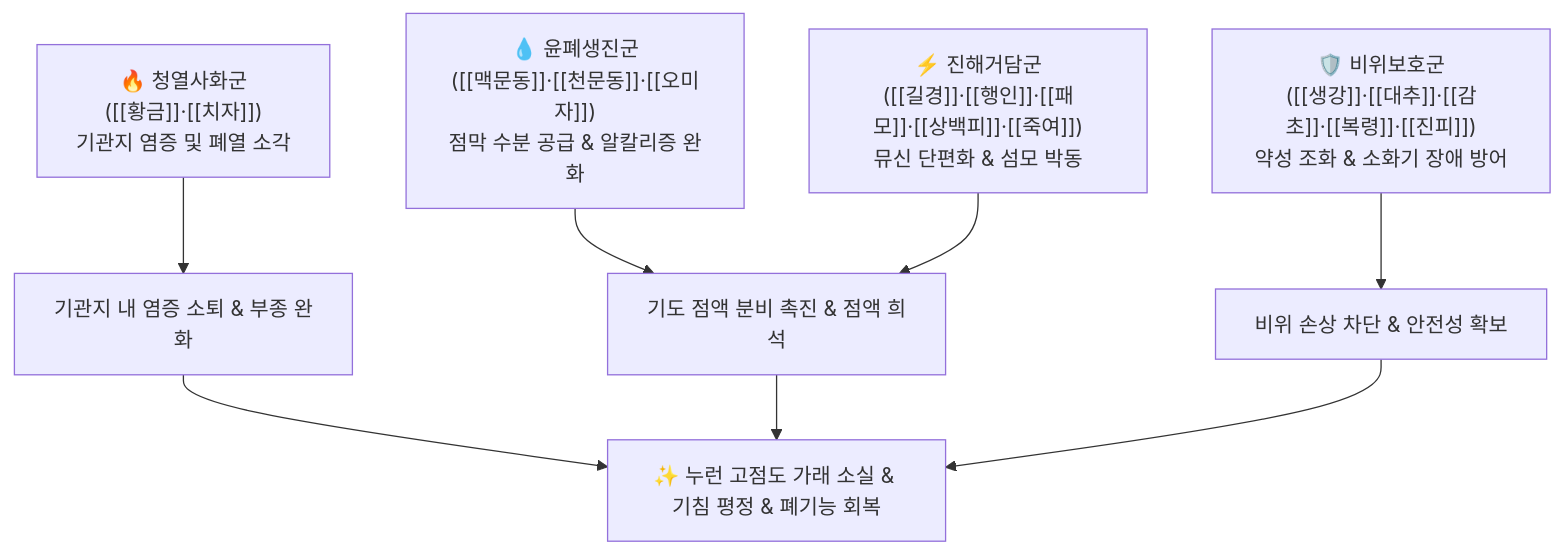
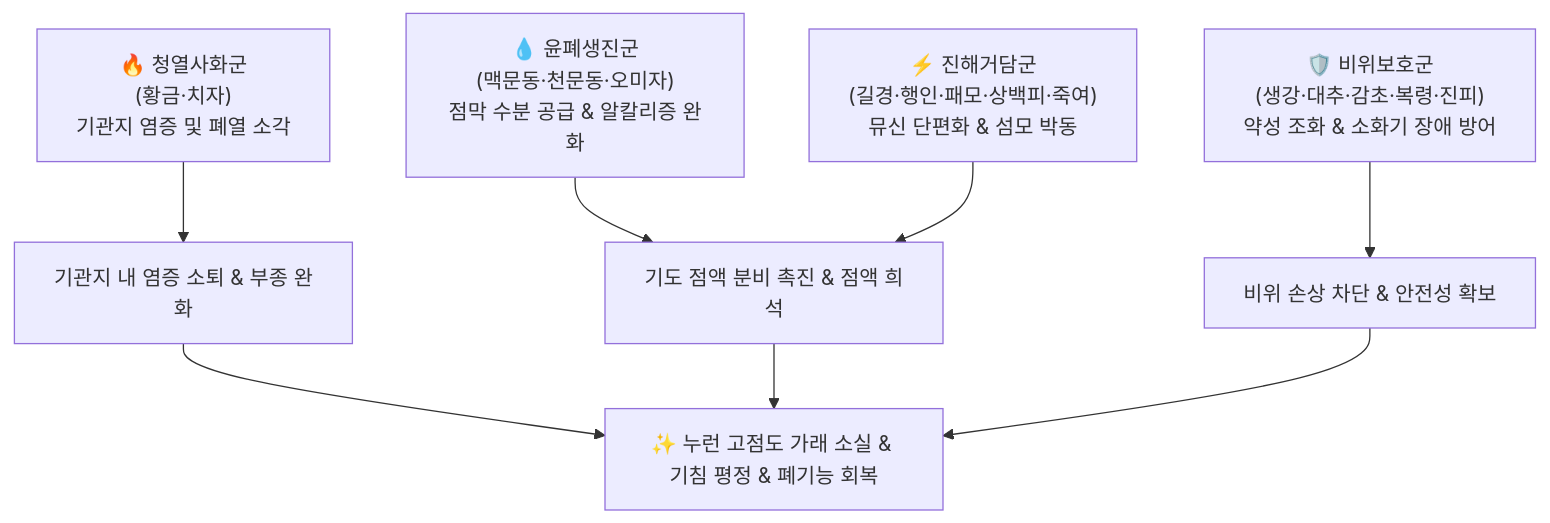
The diagram in content/2. 약리 공부/처방/03_화담·거습·이수제/청폐탕.md (simbio11/simbio-digital-garden2), drawn with Mermaid before and after one commit. The commit also changed other lines of this file and 122 other files, not shown here.

````diff
--- a/content/2. 약리 공부/처방/03_화담·거습·이수제/청폐탕.md
+++ b/content/2. 약리 공부/처방/03_화담·거습·이수제/청폐탕.md
@@ -58,10 +58,10 @@
 ```mermaid
 graph TD
-    ClearFire["🔥 청열사화군<br>([[황금]]·[[치자]])<br>기관지 염증 및 폐열 소각"] --> Airway["기관지 내 염증 소퇴 & 부종 완화"]
-    MoistLung["💧 윤폐생진군<br>([[맥문동]]·[[천문동]]·[[오미자]])<br>점막 수분 공급 & 알칼리증 완화"] --> Mucin["기도 점액 분비 촉진 & 점액 희석"]
-    CutPhlegm["⚡ 진해거담군<br>([[길경]]·[[행인]]·[[패모]]·[[상백피]]·[[죽여]])<br>뮤신 단편화 & 섬모 박동"] --> Mucin
-    ProtectStomach["🛡️ 비위보호군<br>([[생강]]·[[대추]]·[[감초]]·[[복령]]·[[진피]])<br>약성 조화 & 소화기 장애 방어"] --> Base["비위 손상 차단 & 안전성 확보"]
+    ClearFire["🔥 청열사화군<br>(황금·치자)<br>기관지 염증 및 폐열 소각"] --> Airway["기관지 내 염증 소퇴 & 부종 완화"]
+    MoistLung["💧 윤폐생진군<br>(맥문동·천문동·오미자)<br>점막 수분 공급 & 알칼리증 완화"] --> Mucin["기도 점액 분비 촉진 & 점액 희석"]
+    CutPhlegm["⚡ 진해거담군<br>(길경·행인·패모·상백피·죽여)<br>뮤신 단편화 & 섬모 박동"] --> Mucin
+    ProtectStomach["🛡️ 비위보호군<br>(생강·대추·감초·복령·진피)<br>약성 조화 & 소화기 장애 방어"] --> Base["비위 손상 차단 & 안전성 확보"]
     Airway --> Result["✨ 누런 고점도 가래 소실 & 기침 평정 & 폐기능 회복"]
     Mucin --> Result
     Base --> Result
 ```
````
